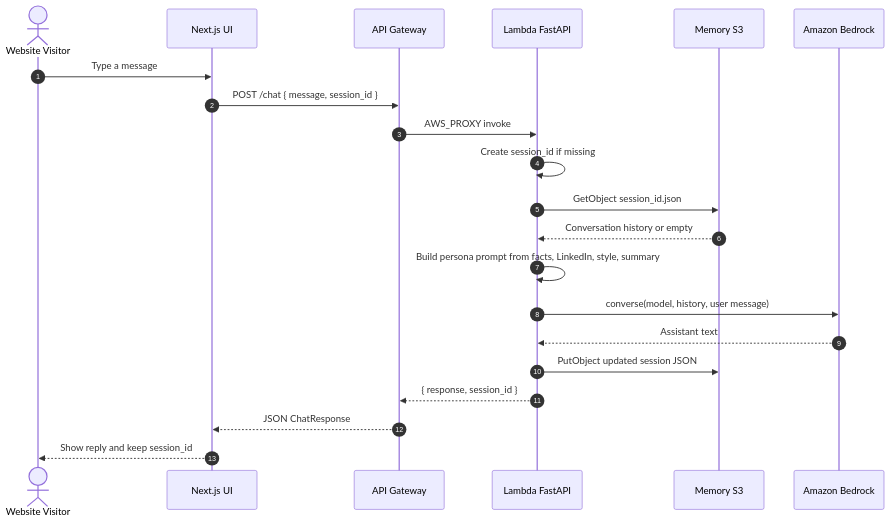
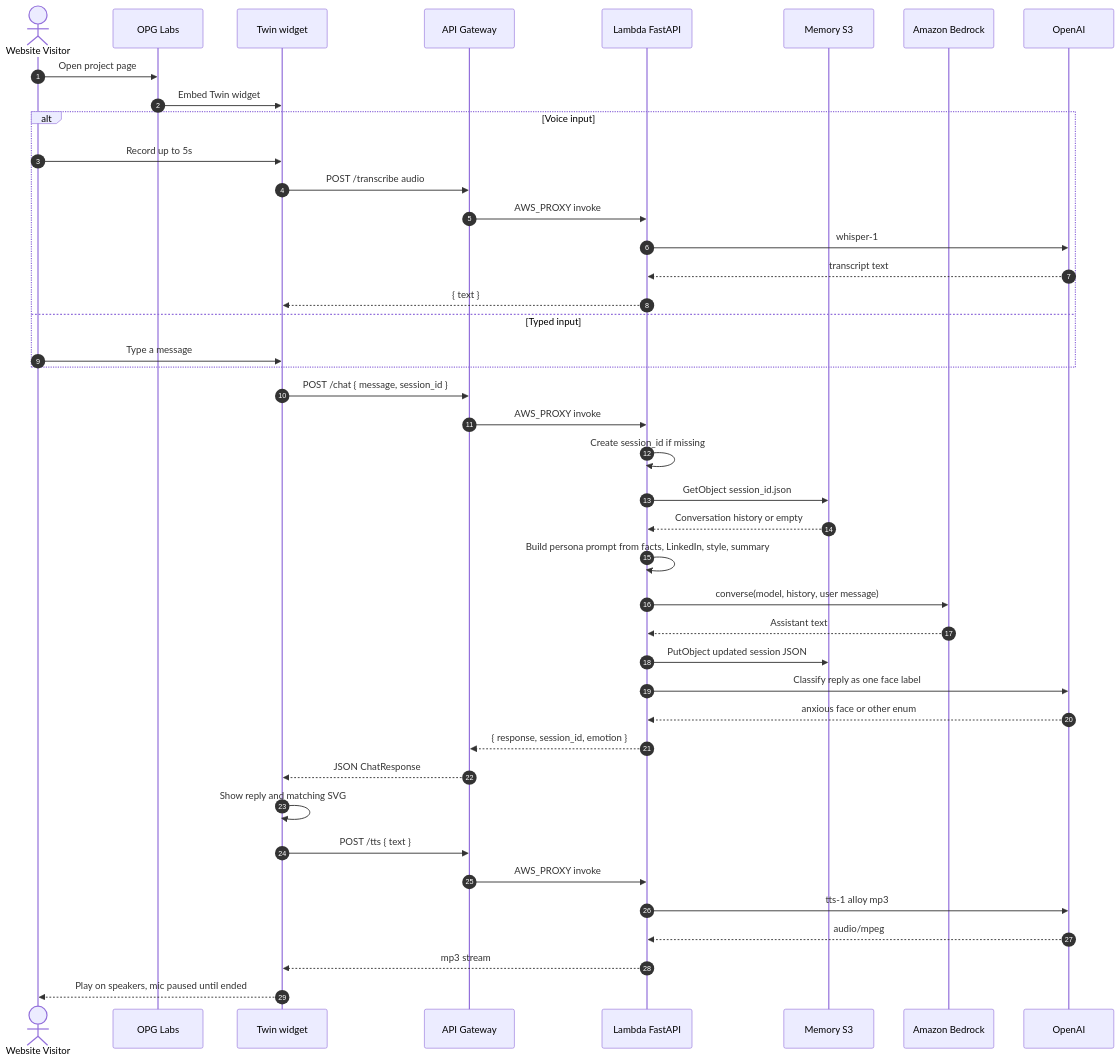
Before and after one commit to bholasek2010/python-twin-fastapi-bedrock: the third of 4 diagrams in architecture-diagram.md, drawn with Mermaid. The commit also changed other lines of this file and 7 other files, not shown here.

````diff
--- a/architecture-diagram.md
+++ b/architecture-diagram.md
@@ -168,30 +74,51 @@
 ```mermaid
 ---
 config:
   theme: default
   themeVariables:
     background: "#ffffff"
 ---
 sequenceDiagram
     autonumber
     actor Visitor as Website Visitor
-    participant UI as Next.js UI
+    participant Host as OPG Labs
+    participant UI as Twin widget
     participant APIGW as API Gateway
     participant API as Lambda FastAPI
     participant Mem as Memory S3
     participant BR as Amazon Bedrock
+    participant OA as OpenAI
 
-    Visitor->>UI: Type a message
+    Visitor->>Host: Open project page
+    Host->>UI: Embed Twin widget
+    alt Voice input
+        Visitor->>UI: Record up to 5s
+        UI->>APIGW: POST /transcribe audio
+        APIGW->>API: AWS_PROXY invoke
+        API->>OA: whisper-1
+        OA-->>API: transcript text
+        API-->>UI: { text }
+    else Typed input
+        Visitor->>UI: Type a message
+    end
     UI->>APIGW: POST /chat { message, session_id }
     APIGW->>API: AWS_PROXY invoke
     API->>API: Create session_id if missing
     API->>Mem: GetObject session_id.json
     Mem-->>API: Conversation history or empty
     API->>API: Build persona prompt from facts, LinkedIn, style, summary
     API->>BR: converse(model, history, user message)
     BR-->>API: Assistant text
     API->>Mem: PutObject updated session JSON
-    API-->>APIGW: { response, session_id }
+    API->>OA: Classify reply as one face label
+    OA-->>API: anxious face or other enum
+    API-->>APIGW: { response, session_id, emotion }
     APIGW-->>UI: JSON ChatResponse
-    UI-->>Visitor: Show reply and keep session_id
+    UI->>UI: Show reply and matching SVG
+    UI->>APIGW: POST /tts { text }
+    APIGW->>API: AWS_PROXY invoke
+    API->>OA: tts-1 alloy mp3
+    OA-->>API: audio/mpeg
+    API-->>UI: mp3 stream
+    UI-->>Visitor: Play on speakers, mic paused until ended
 ```
````
